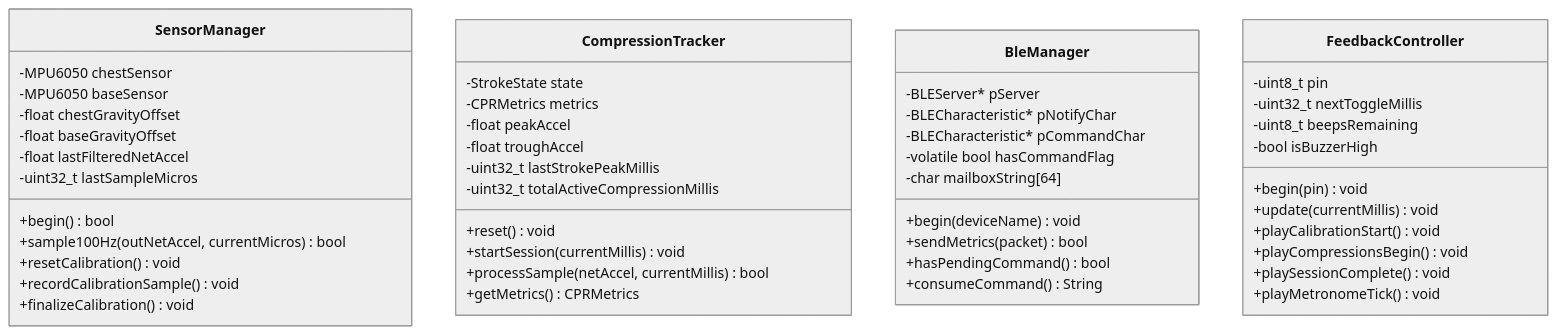
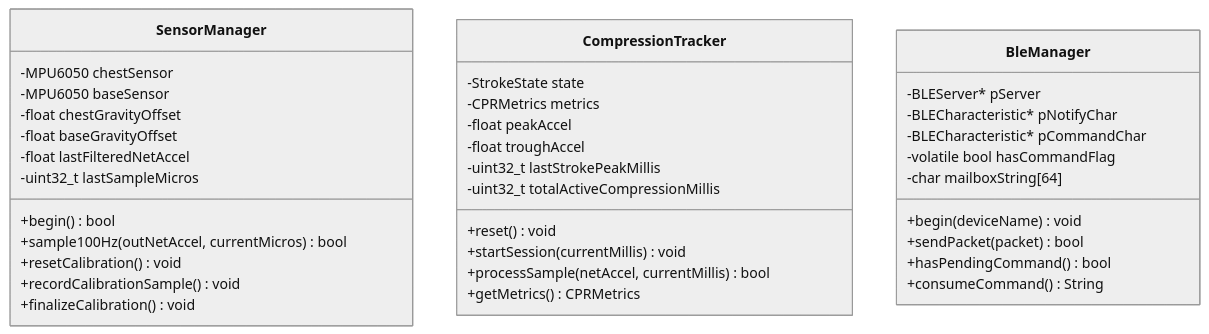
One commit to Marni3/CPReady changed the second of 2 diagrams in CPReady_Program/docs/ARCHITECTURE.md. Above: the diagram before and after it, drawn with Mermaid (neutral theme). The commit also changed other lines of this file and 10 other files, not shown here.

````diff
--- a/CPReady_Program/docs/ARCHITECTURE.md
+++ b/CPReady_Program/docs/ARCHITECTURE.md
@@ -57,54 +66,41 @@
 ```mermaid
 classDiagram
     class SensorManager {
         -MPU6050 chestSensor
         -MPU6050 baseSensor
         -float chestGravityOffset
         -float baseGravityOffset
         -float lastFilteredNetAccel
         -uint32_t lastSampleMicros
         +begin() bool
         +sample100Hz(outNetAccel, currentMicros) bool
         +resetCalibration() void
         +recordCalibrationSample() void
         +finalizeCalibration() void
     }
 
     class CompressionTracker {
         -StrokeState state
         -CPRMetrics metrics
         -float peakAccel
         -float troughAccel
         -uint32_t lastStrokePeakMillis
         -uint32_t totalActiveCompressionMillis
         +reset() void
         +startSession(currentMillis) void
         +processSample(netAccel, currentMillis) bool
         +getMetrics() CPRMetrics
     }
 
     class BleManager {
         -BLEServer* pServer
         -BLECharacteristic* pNotifyChar
         -BLECharacteristic* pCommandChar
         -volatile bool hasCommandFlag
         -char mailboxString[64]
         +begin(deviceName) void
-        +sendMetrics(packet) bool
+        +sendPacket(packet) bool
         +hasPendingCommand() bool
         +consumeCommand() String
     }
-
-    class FeedbackController {
-        -uint8_t pin
-        -uint32_t nextToggleMillis
-        -uint8_t beepsRemaining
-        -bool isBuzzerHigh
-        +begin(pin) void
-        +update(currentMillis) void
-        +playCalibrationStart() void
-        +playCompressionsBegin() void
-        +playSessionComplete() void
-        +playMetronomeTick() void
-    }
 ```
````
